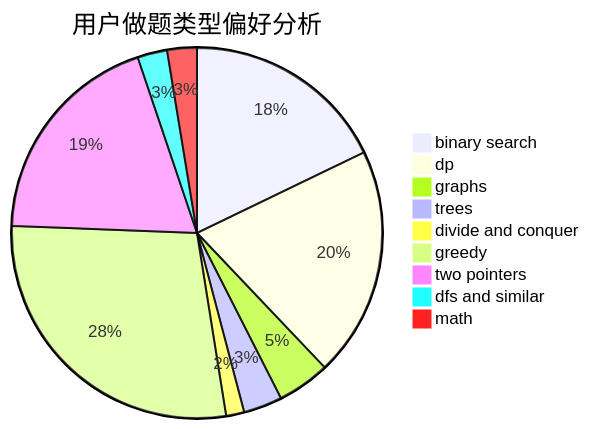
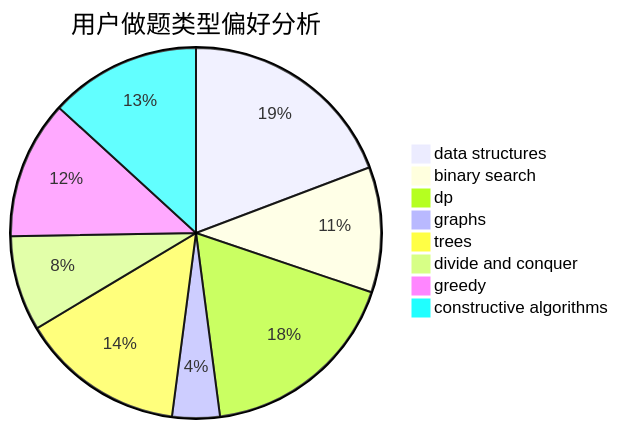
Before and after one commit to sherpahu/cfrs.github.io: the second of 3 diagrams in docs/user/u2622.md, drawn with Mermaid. The commit also changed other lines of this file and 2775 other files, not shown here.

````diff
--- a/docs/user/u2622.md
+++ b/docs/user/u2622.md
@@ -23,12 +23,11 @@
 ```mermaid
 pie title 用户做题类型偏好分析
-    "binary search" :  248
-    "dp" :  279
-    "graphs" :  64
-    "trees" :  47
+    "data structures" :  51
+    "binary search" :  29
+    "dp" :  47
+    "graphs" :  11
+    "trees" :  38
     "divide and conquer" :  22
-    "greedy" :  391
-    "two pointers" :  267
-    "dfs and similar" :  36
-    "math" :  36
+    "greedy" :  32
+    "constructive algorithms" :  35
 ```
````
